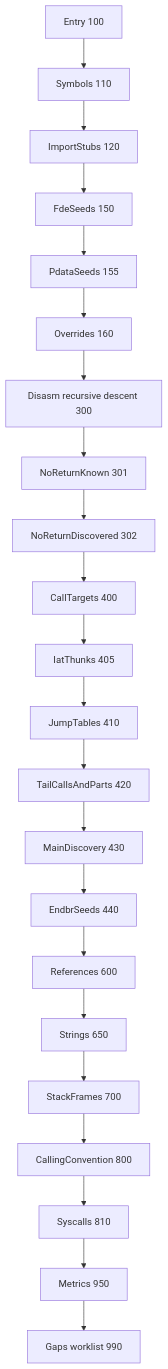
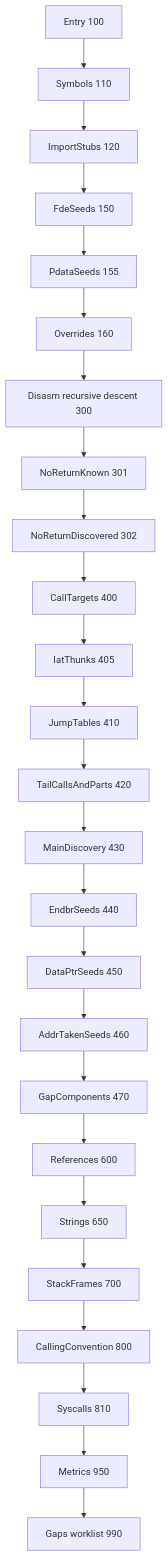
One commit to madmax983/ghidorah changed the fifth of 8 diagrams in docs/design.md. Above: the diagram before and after it, drawn with Mermaid. The commit also changed other lines of this file and 2 other files, not shown here.

First line of the commit message:
docs: design revision 5 (gap components, code producers, pair schedule)

````diff
--- a/docs/design.md
+++ b/docs/design.md
@@ -1000,24 +1000,27 @@
 ```mermaid
 flowchart TD
   A[Entry 100] --> B[Symbols 110]
   B --> C[ImportStubs 120]
   C --> D[FdeSeeds 150]
   D --> PD[PdataSeeds 155]
   PD --> OV[Overrides 160]
   OV --> E[Disasm recursive descent 300]
   E --> F[NoReturnKnown 301]
   F --> G[NoReturnDiscovered 302]
   G --> H[CallTargets 400]
   H --> IT[IatThunks 405]
   IT --> I[JumpTables 410]
   I --> J[TailCallsAndParts 420]
   J --> K[MainDiscovery 430]
   K --> L[EndbrSeeds 440]
-  L --> M[References 600]
+  L --> DP[DataPtrSeeds 450]
+  DP --> AT[AddrTakenSeeds 460]
+  AT --> GC[GapComponents 470]
+  GC --> M[References 600]
   M --> N[Strings 650]
   N --> O[StackFrames 700]
   O --> P[CallingConvention 800]
   P --> Q[Syscalls 810]
   Q --> S[Metrics 950]
   S --> T[Gaps worklist 990]
 ```
````
